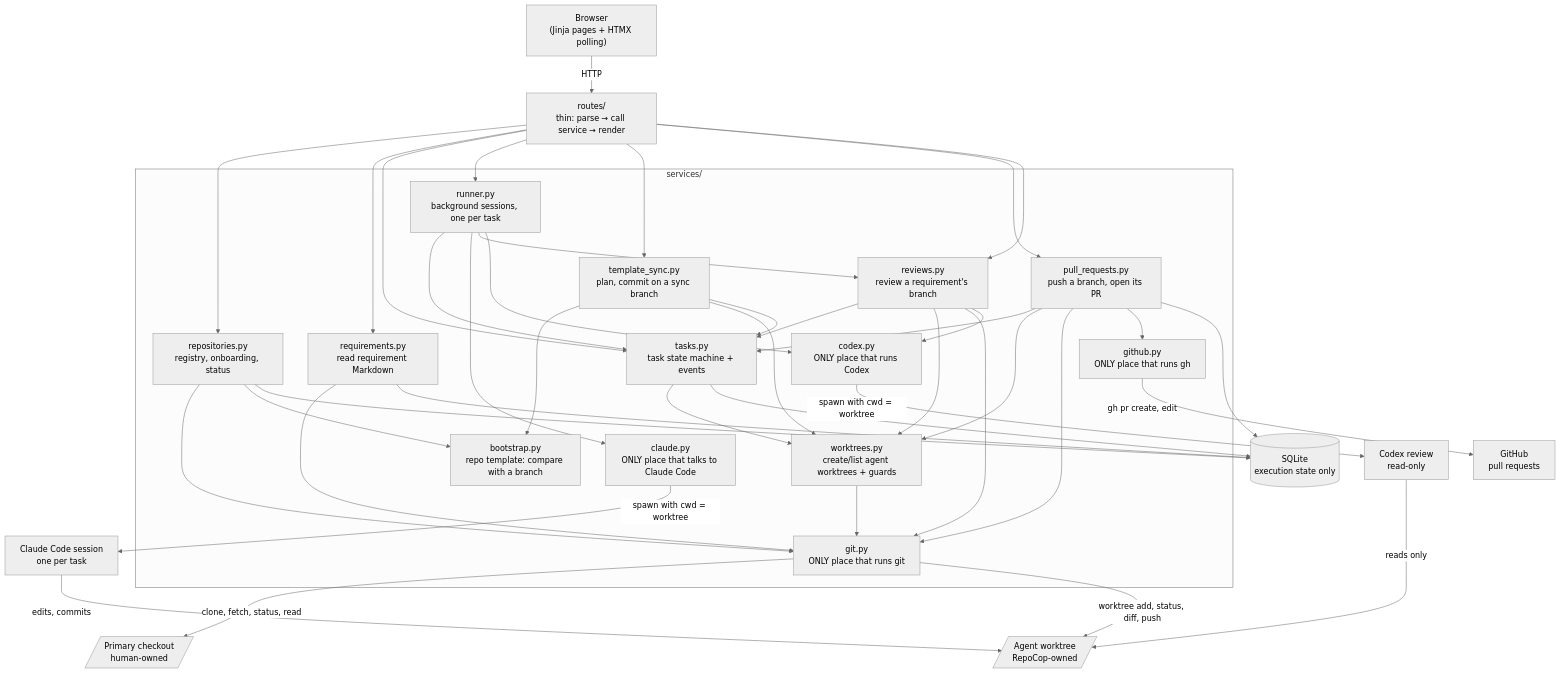
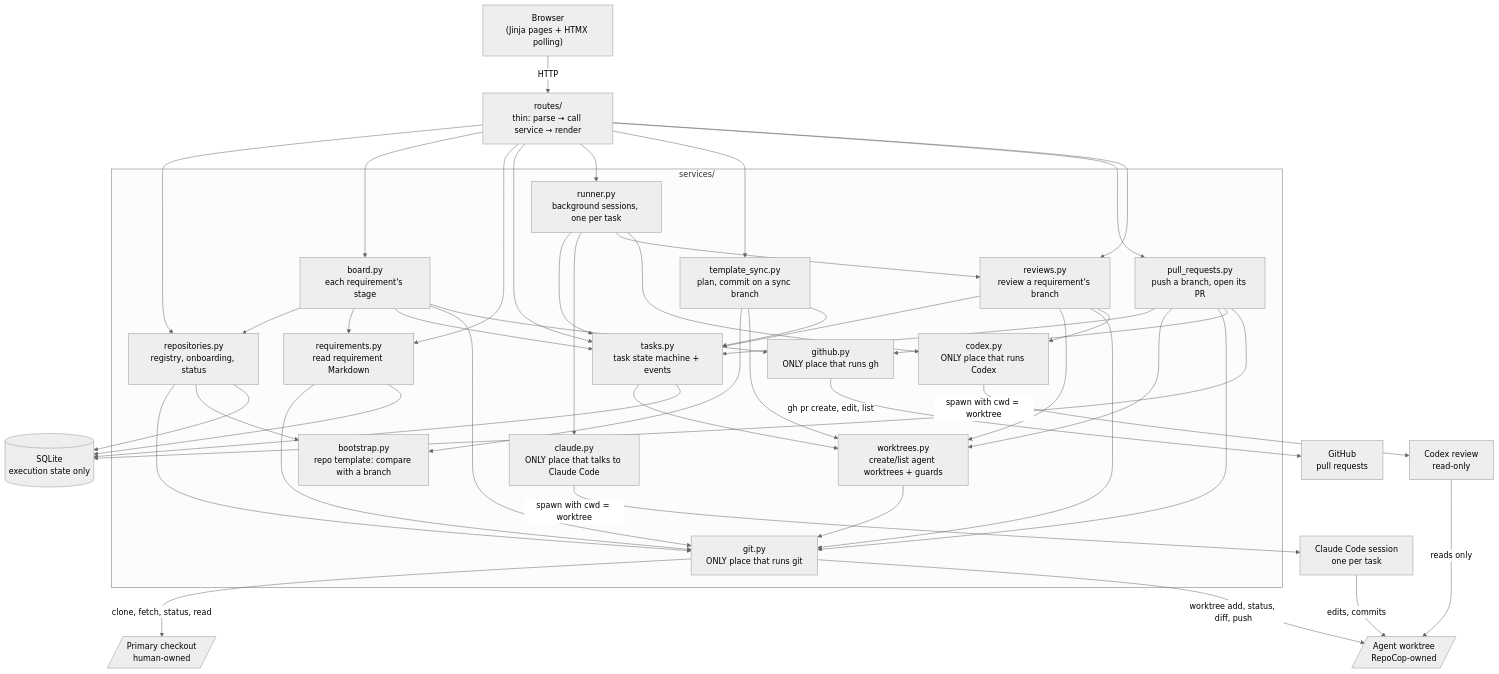
One commit to eliveikis/repocop changed the first of 5 diagrams in specs/architecture.md. Above: the diagram before and after it, drawn with Mermaid (neutral theme). The commit also changed other lines of this file and 18 other files, not shown here.

````diff
--- a/specs/architecture.md
+++ b/specs/architecture.md
@@ -17,48 +17,50 @@
 ```mermaid
 flowchart TD
     browser["Browser<br/>(Jinja pages + HTMX polling)"]
     routes["routes/<br/>thin: parse → call service → render"]
 
     subgraph services["services/"]
         repos["repositories.py<br/>registry, onboarding, status"]
+        board["board.py<br/>each requirement's stage"]
         sync["template_sync.py<br/>plan, commit on a sync branch"]
         boot["bootstrap.py<br/>repo template: compare with a branch"]
         reqs["requirements.py<br/>read requirement Markdown"]
         wts["worktrees.py<br/>create/list agent worktrees + guards"]
         git["git.py<br/>ONLY place that runs git"]
         tasksvc["tasks.py<br/>task state machine + events"]
         runner["runner.py<br/>background sessions, one per task"]
         claude["claude.py<br/>ONLY place that talks to Claude Code"]
         prs["pull_requests.py<br/>push a branch, open its PR"]
         github["github.py<br/>ONLY place that runs gh"]
         reviews["reviews.py<br/>review a requirement's branch"]
         codex["codex.py<br/>ONLY place that runs Codex"]
     end
 
     db[("SQLite<br/>execution state only")]
     primary[/"Primary checkout<br/>human-owned"/]
     worktree[/"Agent worktree<br/>RepoCop-owned"/]
     cc["Claude Code session<br/>one per task"]
     cx["Codex review<br/>read-only"]
     hub["GitHub<br/>pull requests"]
 
     browser -->|HTTP| routes
-    routes --> repos & reqs & tasksvc & runner & sync & prs & reviews
+    routes --> repos & board & reqs & tasksvc & runner & sync & prs & reviews
+    board --> repos & reqs & tasksvc & git & github
     reviews --> tasksvc & wts & git & codex
     prs --> tasksvc & wts & git & github
     sync --> boot & wts & tasksvc
     tasksvc --> wts
     runner --> tasksvc & claude & reviews & codex
     repos --> git
     repos --> boot
     reqs --> git
     wts --> git
     repos & reqs & tasksvc & prs --> db
     git -->|"clone, fetch, status, read"| primary
     git -->|"worktree add, status, diff, push"| worktree
-    github -->|"gh pr create, edit"| hub
+    github -->|"gh pr create, edit, list"| hub
     claude -->|"spawn with cwd = worktree"| cc
     cc -->|"edits, commits"| worktree
     codex -->|"spawn with cwd = worktree"| cx
     cx -->|"reads only"| worktree
 ```
````
